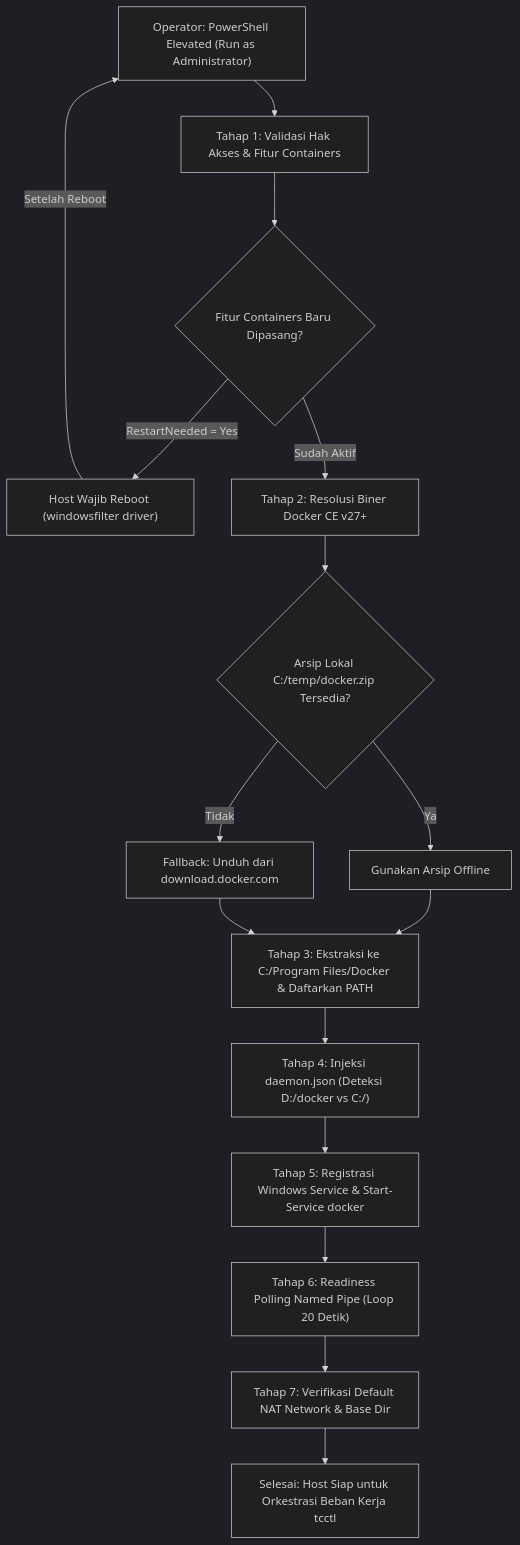
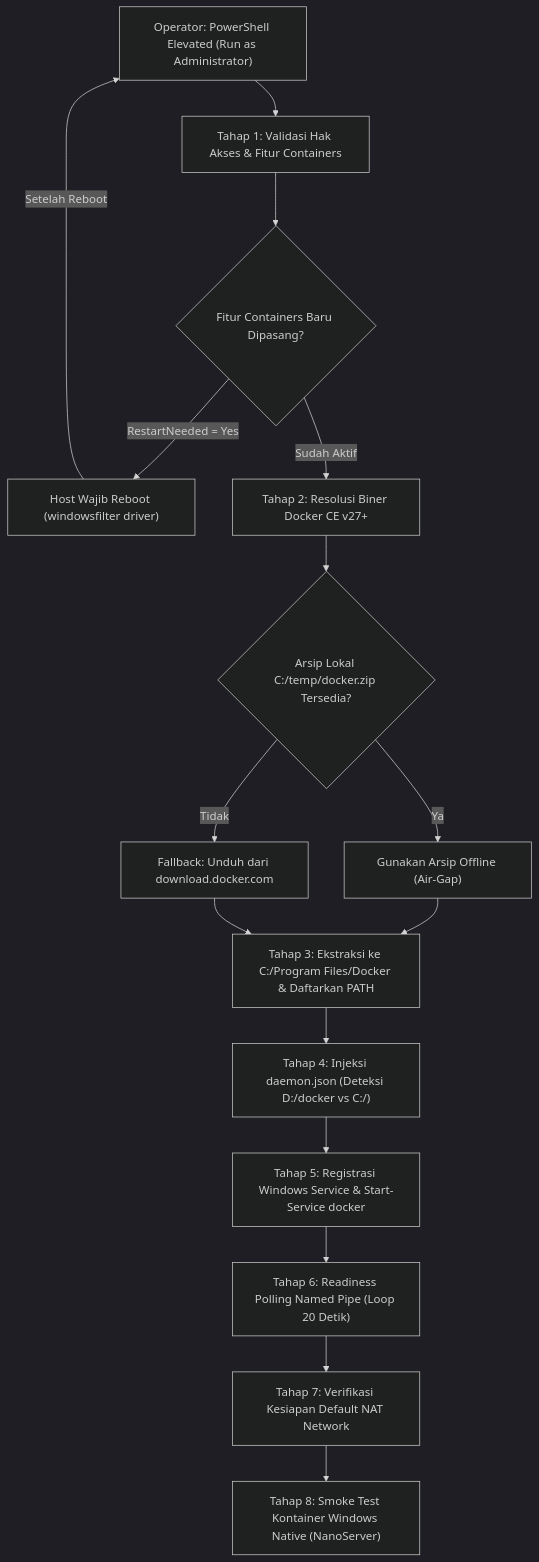
Before and after one commit to edkas07-oss/personal-site: the diagram in content/how-to/install-docker-engine-windows-containers.md, drawn with Mermaid (dark theme). The commit also changed other lines of this file, not shown here.

Commit message:
refactor(how-to): generalize Docker CE Windows guide and decouple from application-specific logic

```diff
--- a/content/how-to/install-docker-engine-windows-containers.md
+++ b/content/how-to/install-docker-engine-windows-containers.md
@@ -37,18 +37,18 @@
 {{< mermaid >}}
 flowchart TD
     A["Operator: PowerShell Elevated (Run as Administrator)"] --> B["Tahap 1: Validasi Hak Akses & Fitur Containers"]
     B --> C{"Fitur Containers Baru Dipasang?"}
     C -->|RestartNeeded = Yes| D["Host Wajib Reboot (windowsfilter driver)"]
     D -->|Setelah Reboot| A
     C -->|Sudah Aktif| E["Tahap 2: Resolusi Biner Docker CE v27+"]
     E --> F{"Arsip Lokal C:/temp/docker.zip Tersedia?"}
-    F -->|Ya| G["Gunakan Arsip Offline"]
+    F -->|Ya| G["Gunakan Arsip Offline (Air-Gap)"]
     F -->|Tidak| H["Fallback: Unduh dari download.docker.com"]
     G --> I["Tahap 3: Ekstraksi ke C:/Program Files/Docker & Daftarkan PATH"]
     H --> I
     I --> J["Tahap 4: Injeksi daemon.json (Deteksi D:/docker vs C:/)"]
     J --> K["Tahap 5: Registrasi Windows Service & Start-Service docker"]
     K --> L["Tahap 6: Readiness Polling Named Pipe (Loop 20 Detik)"]
-    L --> M["Tahap 7: Verifikasi Default NAT Network & Base Dir"]
-    M --> N["Selesai: Host Siap untuk Orkestrasi Beban Kerja tcctl"]
+    L --> M["Tahap 7: Verifikasi Kesiapan Default NAT Network"]
+    M --> N["Tahap 8: Smoke Test Kontainer Windows Native (NanoServer)"]
 {{< /mermaid >}}
```
